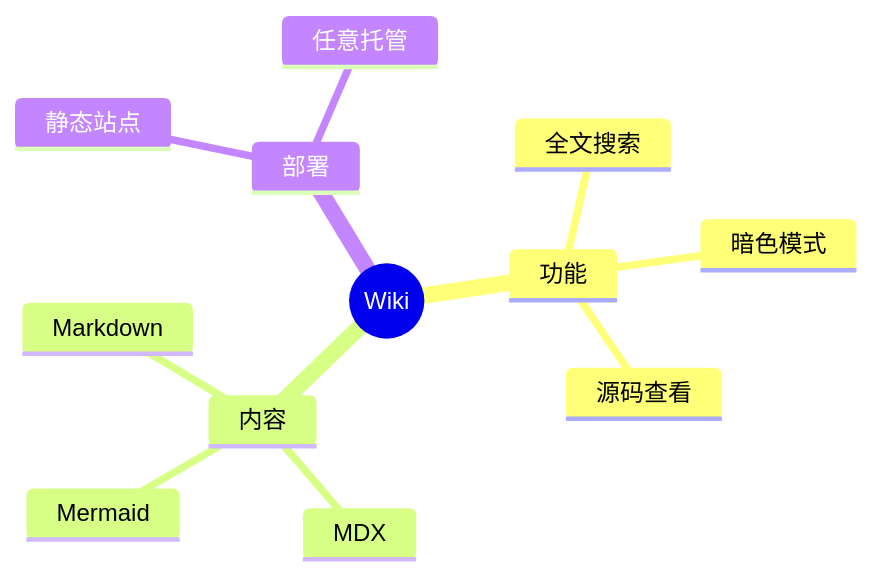
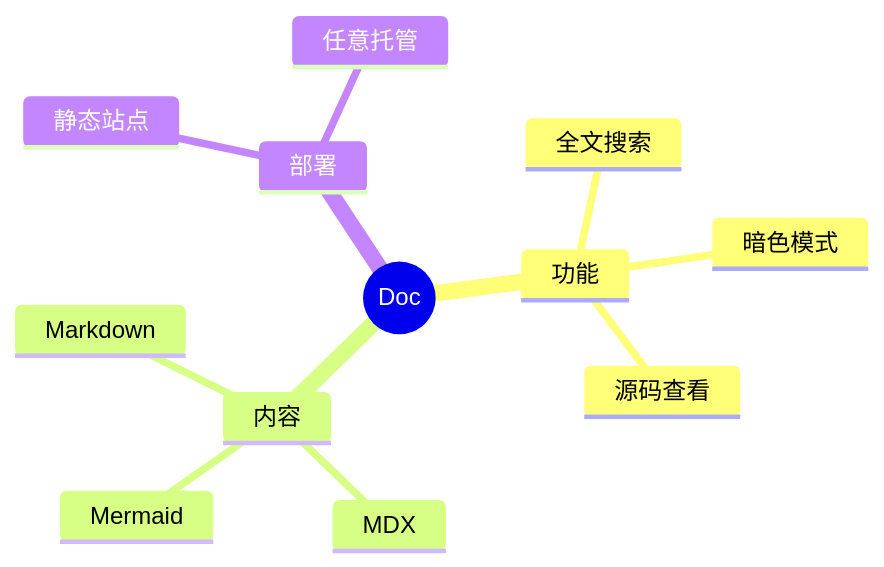
One commit to leoyim/leoyim-doc-template changed the ninth of 9 diagrams in static/_source/mermaid-examples.md. Above: the diagram before and after it, drawn with Mermaid. The commit also changed 12 other files, not shown here.

````diff
--- a/static/_source/mermaid-examples.md
+++ b/static/_source/mermaid-examples.md
@@ -145,15 +145,15 @@
 ```mermaid
 mindmap
-  root((Wiki))
+  root((Doc))
     功能
       全文搜索
       暗色模式
       源码查看
     内容
       Markdown
       MDX
       Mermaid
     部署
       静态站点
       任意托管
 ```
````
